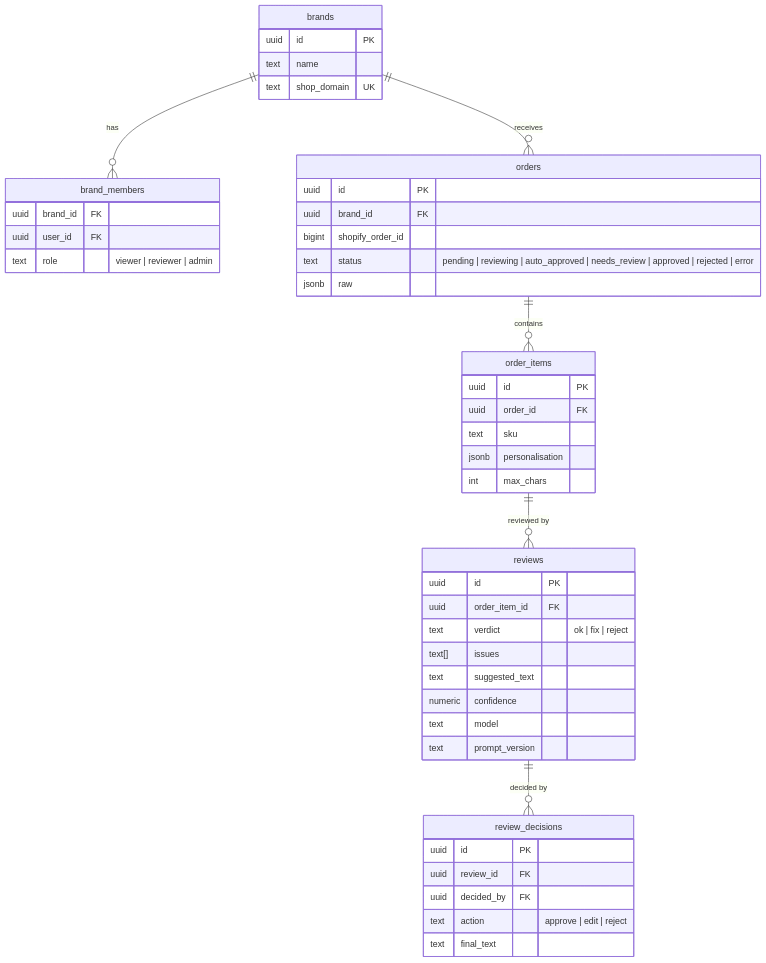
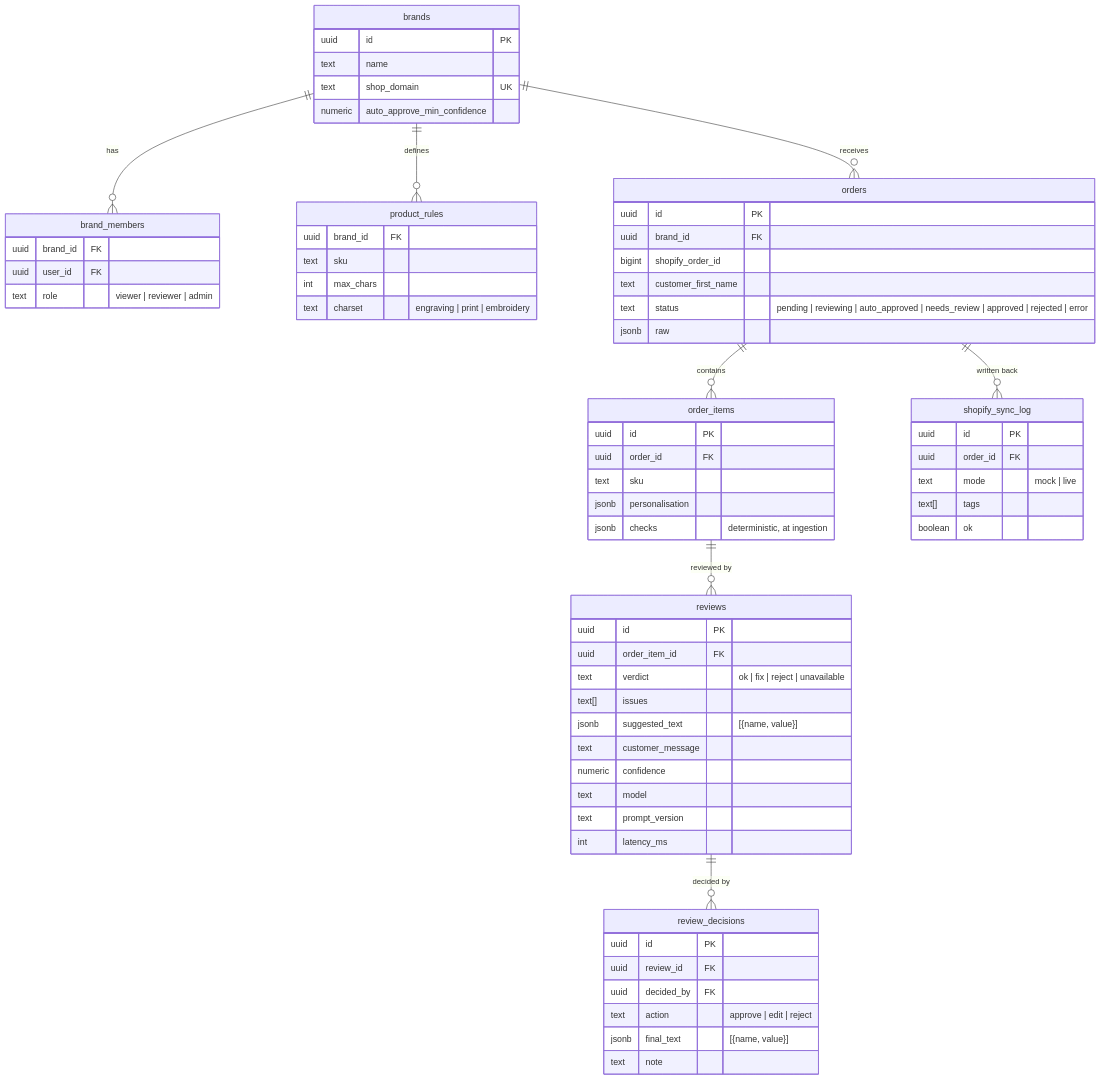
Before and after one commit to SamukDantas/order-ops-copilot: the third of 3 diagrams in docs/TDD.md, drawn with Mermaid. The commit also changed other lines of this file and 6 other files, not shown here.

````diff
--- a/docs/TDD.md
+++ b/docs/TDD.md
@@ -80,49 +104,69 @@
 ```mermaid
 erDiagram
     brands ||--o{ brand_members : has
+    brands ||--o{ product_rules : defines
     brands ||--o{ orders : receives
     orders ||--o{ order_items : contains
+    orders ||--o{ shopify_sync_log : "written back"
     order_items ||--o{ reviews : "reviewed by"
     reviews ||--o{ review_decisions : "decided by"
     brands {
       uuid id PK
       text name
       text shop_domain UK
+      numeric auto_approve_min_confidence
     }
     brand_members {
       uuid brand_id FK
       uuid user_id FK
       text role "viewer | reviewer | admin"
     }
+    product_rules {
+      uuid brand_id FK
+      text sku
+      int max_chars
+      text charset "engraving | print | embroidery"
+    }
     orders {
       uuid id PK
       uuid brand_id FK
       bigint shopify_order_id
+      text customer_first_name
       text status "pending | reviewing | auto_approved | needs_review | approved | rejected | error"
       jsonb raw
     }
     order_items {
       uuid id PK
       uuid order_id FK
       text sku
       jsonb personalisation
-      int max_chars
+      jsonb checks "deterministic, at ingestion"
     }
     reviews {
       uuid id PK
       uuid order_item_id FK
-      text verdict "ok | fix | reject"
+      text verdict "ok | fix | reject | unavailable"
       text[] issues
-      text suggested_text
+      jsonb suggested_text "[{name, value}]"
+      text customer_message
       numeric confidence
       text model
       text prompt_version
+      int latency_ms
     }
     review_decisions {
       uuid id PK
       uuid review_id FK
       uuid decided_by FK
       text action "approve | edit | reject"
-      text final_text
+      jsonb final_text "[{name, value}]"
+      text note
+    }
+    shopify_sync_log {
+      uuid id PK
+      uuid order_id FK
+      text mode "mock | live"
+      text[] tags
+      boolean ok
     }
 ```
````
